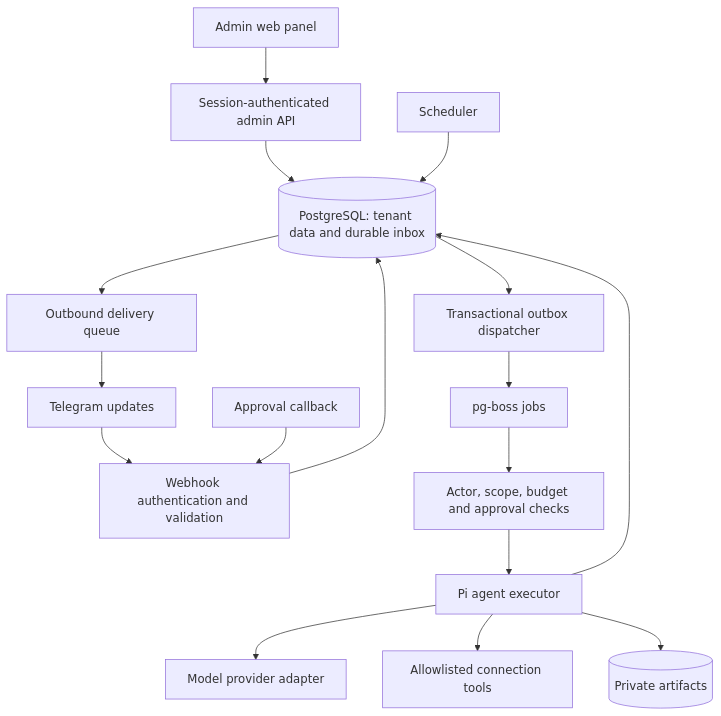
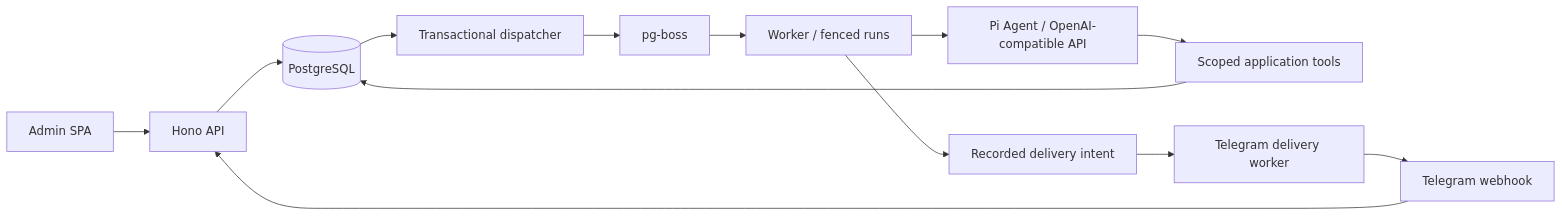
One commit to stonega/repodesk changed the diagram in docs/design/architecture.md. Above: the diagram before and after it, drawn with Mermaid. The commit also changed other lines of this file and 158 other files, not shown here.

````diff
--- a/docs/design/architecture.md
+++ b/docs/design/architecture.md
@@ -24,19 +30,15 @@
 ```mermaid
-flowchart TD
-    UI[Admin web panel] --> ADMIN[Session-authenticated admin API]
-    ADMIN --> DB
-    TG[Telegram updates] --> IN[Webhook authentication and validation]
-    IN --> DB[(PostgreSQL: tenant data and durable inbox)]
-    DB --> OUT[Transactional outbox dispatcher]
-    OUT --> Q[pg-boss jobs]
-    TIMER[Scheduler] --> DB
-    Q --> POLICY[Actor, scope, budget and approval checks]
-    POLICY --> RUN[Pi agent executor]
-    RUN --> LLM[Model provider adapter]
-    RUN --> TOOLS[Allowlisted connection tools]
-    RUN --> FILES[(Private artifacts)]
-    RUN --> DB
-    DB --> SEND[Outbound delivery queue]
-    SEND --> TG
-    APPROVE[Approval callback] --> IN
+flowchart LR
+  Web[Admin SPA] --> API[Hono API]
+  TG[Telegram webhook] --> API
+  API --> DB[(PostgreSQL)]
+  DB --> Outbox[Transactional dispatcher]
+  Outbox --> Jobs[pg-boss]
+  Jobs --> Worker[Worker / fenced runs]
+  Worker --> Pi[Pi Agent / OpenAI-compatible API]
+  Pi --> Tools[Scoped application tools]
+  Tools --> DB
+  Worker --> Intent[Recorded delivery intent]
+  Intent --> Send[Telegram delivery worker]
+  Send --> TG
 ```
````
